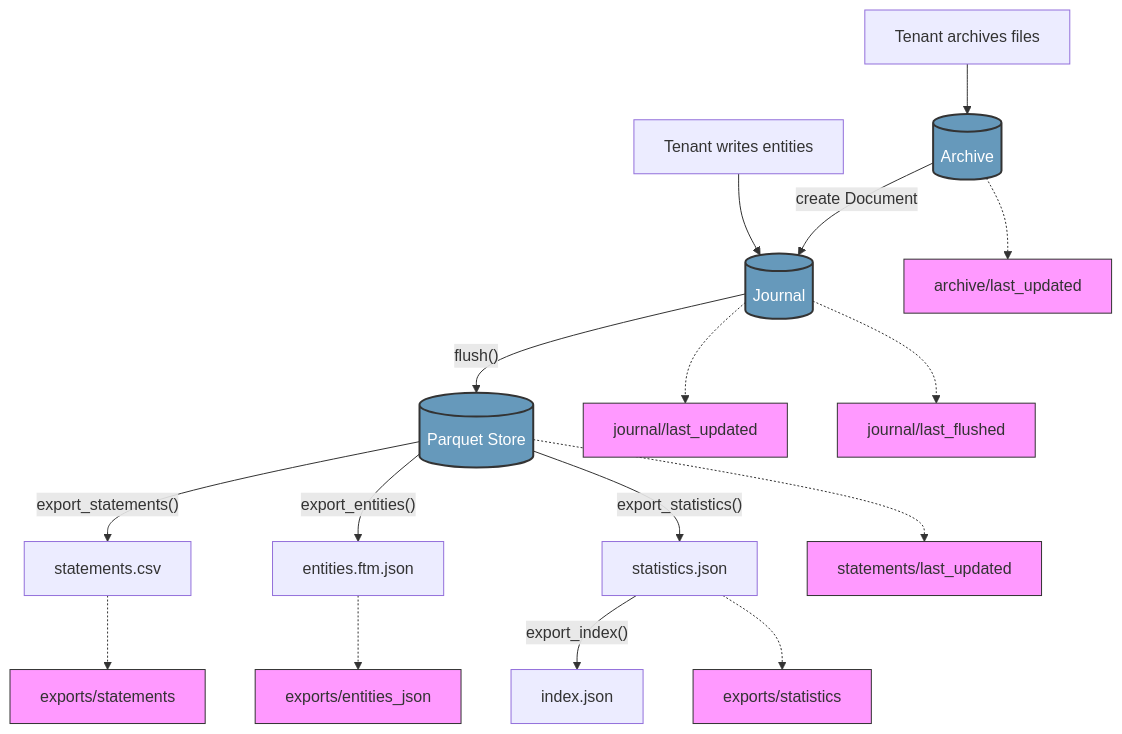
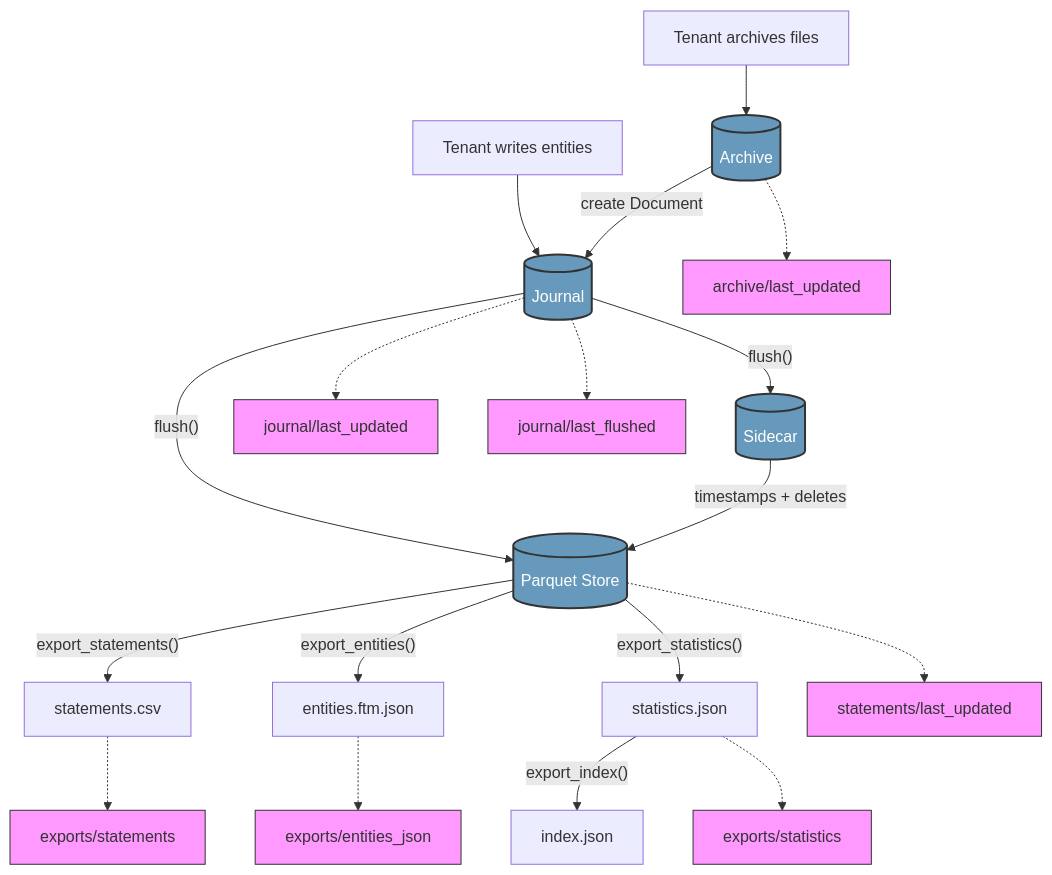
The diagram in docs/functionality.md (openaleph/ftm-lakehouse), drawn with Mermaid before and after one commit. The commit also changed other lines of this file and 9 other files, not shown here.

````diff
--- a/docs/functionality.md
+++ b/docs/functionality.md
@@ -345,25 +390,27 @@
 ```mermaid
 flowchart TD
     A[Tenant writes entities] --> B[(Journal)]
     A2[Tenant archives files] --> AR[(Archive)]
     AR -.-> T0[archive/last_updated]
     AR --> |"create Document"| B
 
     B --> |"flush()"| C[(Parquet Store)]
+    B --> |"flush()"| SC[(Sidecar)]
+    SC --> |"timestamps + deletes"| C
     C --> |"export_statements()"| D[statements.csv]
     C --> |"export_entities()"| E[entities.ftm.json]
     C --> |"export_statistics()"| F[statistics.json]
     F --> |"export_index()"| G[index.json]
 
     B -.-> T1[journal/last_updated]
     B -.-> T1b[journal/last_flushed]
     C -.-> T2[statements/last_updated]
     D -.-> T3[exports/statements]
     E -.-> T4[exports/entities_json]
     F -.-> T5[exports/statistics]
 
     classDef tag fill:#f9f,stroke:#333,stroke-width:1px
     classDef storage fill:#69b,stroke:#333,stroke-width:2px,color:#fff
     class T0,T1,T1b,T2,T3,T4,T5 tag
-    class B,C,AR storage
+    class B,C,SC,AR storage
 ```
````
